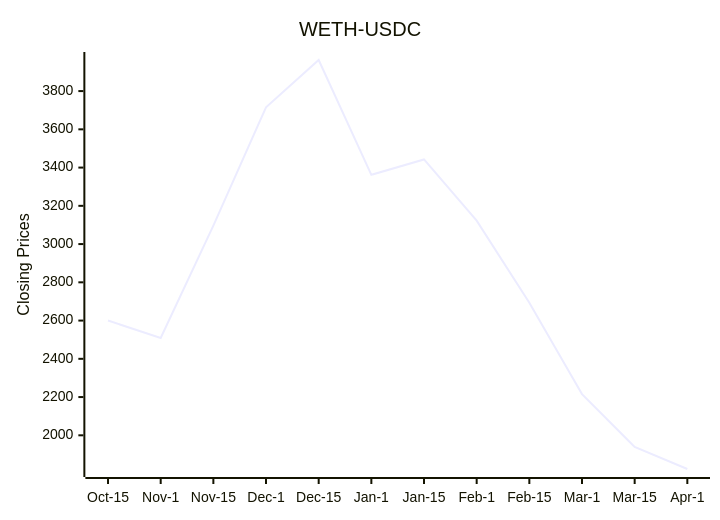
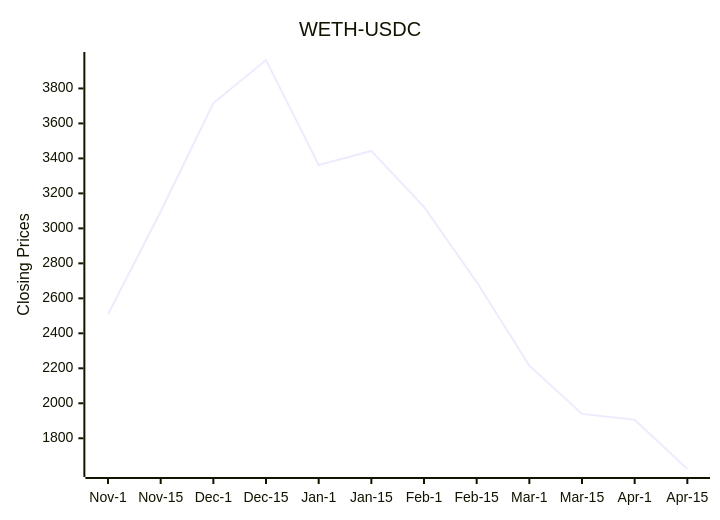
The diagram in README.md (bicced/ReadmeCryptoPriceChart), drawn with Mermaid before and after one commit.

Commit message:
Update README with latest DEX data

````diff
--- a/README.md
+++ b/README.md
@@ -6,7 +6,7 @@
 ```mermaid
 xychart-beta
   title "WETH-USDC"
-  x-axis [Oct-15,Nov-1,Nov-15,Dec-1,Dec-15,Jan-1,Jan-15,Feb-1,Feb-15,Mar-1,Mar-15,Apr-1]
-  y-axis "Closing Prices" 1823.83 --> 3962.56899349177
-  line [2600.26757373328,2508.72962693621,3096.49585789669,3715.59825684283,3962.56899349177,3362.281527969,3442.60666821535,3122.15,2693.01,2215.45,1939.29,1823.83]
+  x-axis [Nov-1,Nov-15,Dec-1,Dec-15,Jan-1,Jan-15,Feb-1,Feb-15,Mar-1,Mar-15,Apr-1,Apr-15]
+  y-axis "Closing Prices" 1624.3 --> 3962.56899349177
+  line [2508.72962693621,3096.49585789669,3715.59825684283,3962.56899349177,3362.281527969,3442.60666821535,3122.15,2693.01,2215.45,1939.29,1905.62,1624.3]
 ```
````
